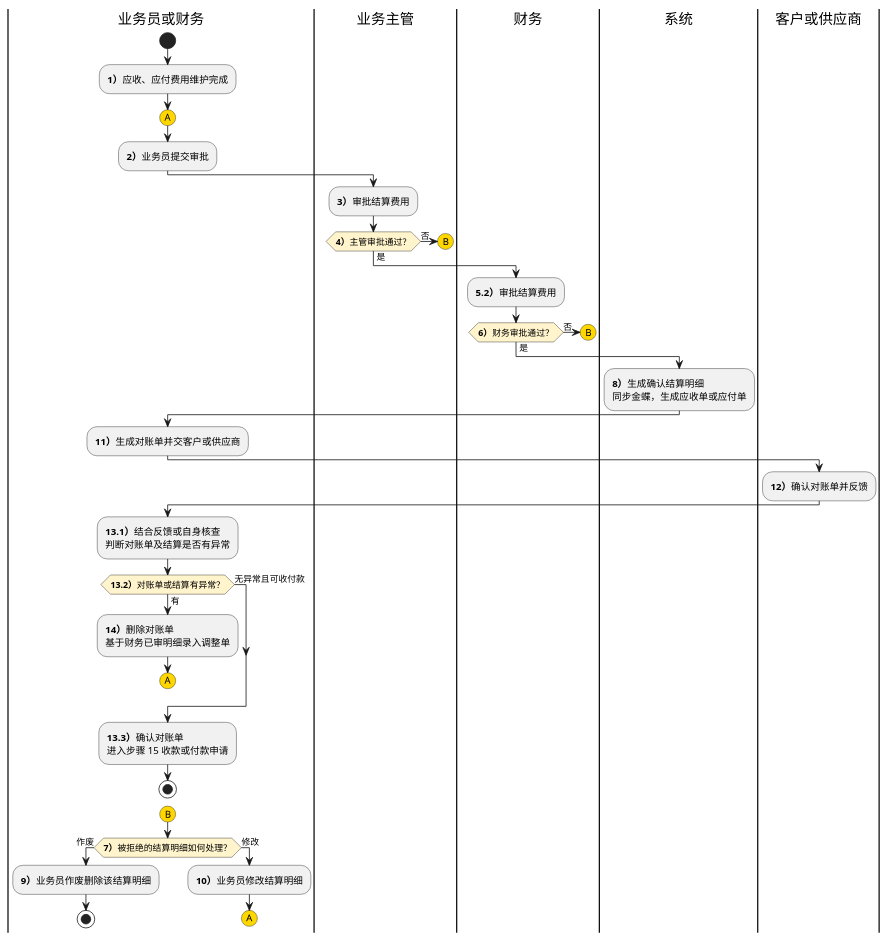
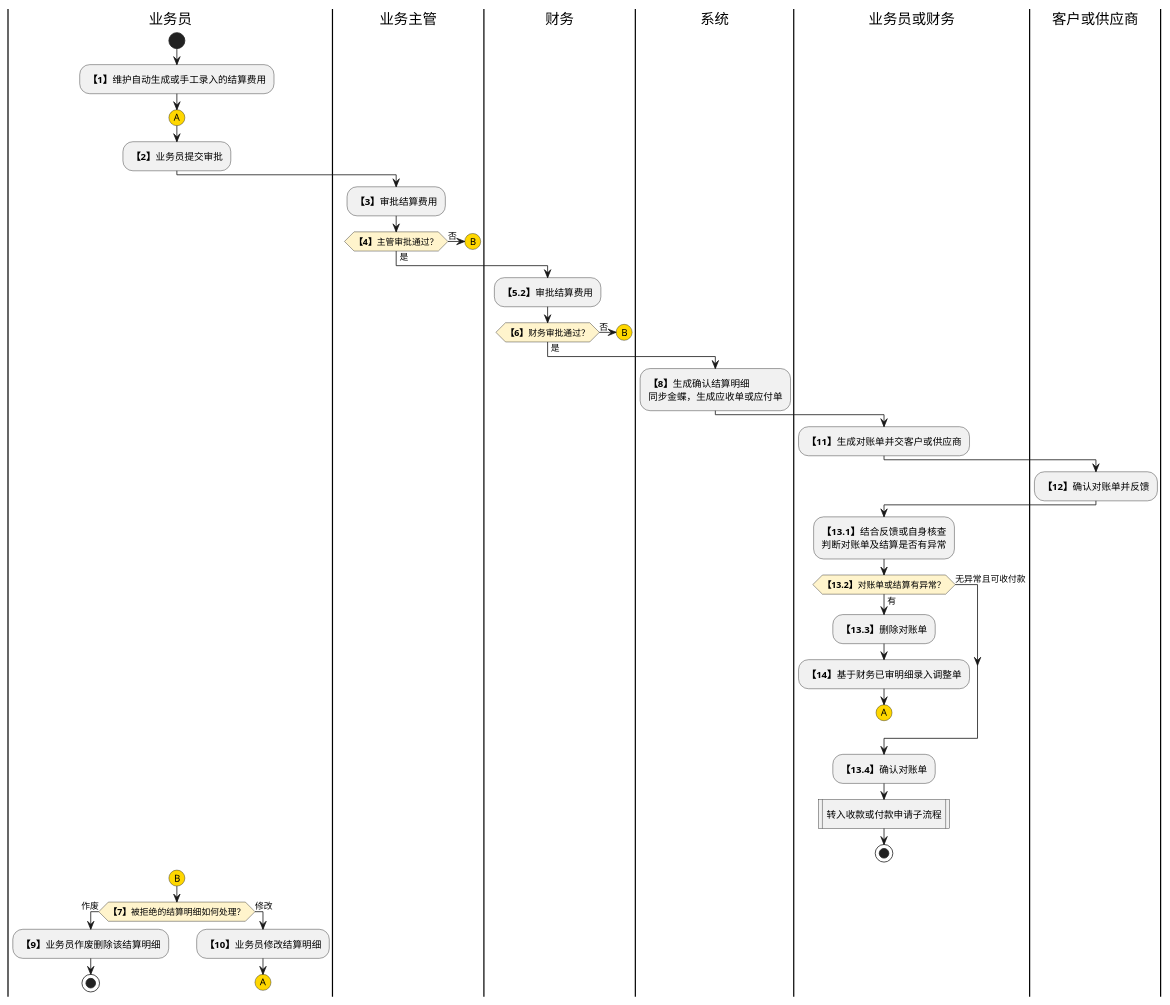
One commit to jack888332/projects-doc changed the first of 4 diagrams in product-caliber/goldjet/segmented-prd/PRD.高捷物流系统一期.第022篇.财务基础与结算流程.40E841D3A6.md. Above: the diagram before and after it, drawn with PlantUML. The commit also changed other lines of this file and 12 other files, not shown here.

Commit message:
完善DSL图

````diff
--- a/product-caliber/goldjet/segmented-prd/PRD.高捷物流系统一期.第022篇.财务基础与结算流程.40E841D3A6.md
+++ b/product-caliber/goldjet/segmented-prd/PRD.高捷物流系统一期.第022篇.财务基础与结算流程.40E841D3A6.md
@@ -59,50 +59,52 @@
 ```plantuml
 @startuml goldjet-022-cost-approval-reconciliation
 skinparam activityDiamondBackgroundColor #FFF4CC
-|业务员或财务|
+|业务员|
 start
-:**1）**应收、应付费用维护完成;
+:**【1】**维护自动生成或手工录入的结算费用;
 #gold:(A)
-:**2）**业务员提交审批;
+:**【2】**业务员提交审批;
 |业务主管|
-:**3）**审批结算费用;
-if (**4）**主管审批通过？) then (否)
+:**【3】**审批结算费用;
+if (**【4】**主管审批通过？) then (否)
   #gold:(B)
   detach
 else (是)
 endif
 |财务|
-:**5.2）**审批结算费用;
-if (**6）**财务审批通过？) then (否)
+:**【5.2】**审批结算费用;
+if (**【6】**财务审批通过？) then (否)
   #gold:(B)
   detach
 else (是)
 endif
 |系统|
-:**8）**生成确认结算明细\n同步金蝶，生成应收单或应付单;
+:**【8】**生成确认结算明细\n同步金蝶，生成应收单或应付单;
 |业务员或财务|
-:**11）**生成对账单并交客户或供应商;
+:**【11】**生成对账单并交客户或供应商;
 |客户或供应商|
-:**12）**确认对账单并反馈;
+:**【12】**确认对账单并反馈;
 |业务员或财务|
-:**13.1）**结合反馈或自身核查\n判断对账单及结算是否有异常;
-if (**13.2）**对账单或结算有异常？) then (有)
-  :**14）**删除对账单\n基于财务已审明细录入调整单;
+:**【13.1】**结合反馈或自身核查\n判断对账单及结算是否有异常;
+if (**【13.2】**对账单或结算有异常？) then (有)
+  :**【13.3】**删除对账单;
+  :**【14】**基于财务已审明细录入调整单;
   #gold:(A)
   detach
 else (无异常且可收付款)
 endif
-:**13.3）**确认对账单\n进入步骤 15 收款或付款申请;
+:**【13.4】**确认对账单;
+:转入收款或付款申请子流程; <<procedure>>
 stop
-|业务员或财务|
+|业务员|
 #gold:(B)
-if (**7）**被拒绝的结算明细如何处理？) then (作废)
-  :**9）**业务员作废删除该结算明细;
+if (**【7】**被拒绝的结算明细如何处理？) then (作废)
+  :**【9】**业务员作废删除该结算明细;
   stop
 else (修改)
-  :**10）**业务员修改结算明细;
+  :**【10】**业务员修改结算明细;
   #gold:(A)
   detach
 endif
 @enduml
 ```
````
